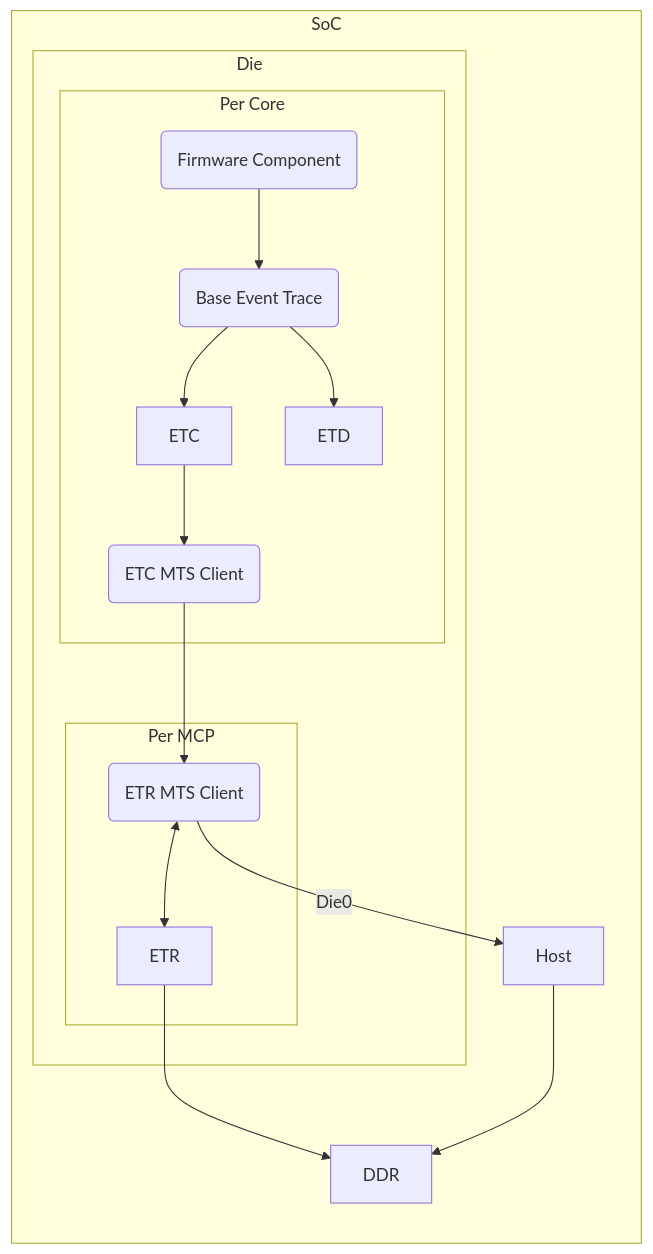
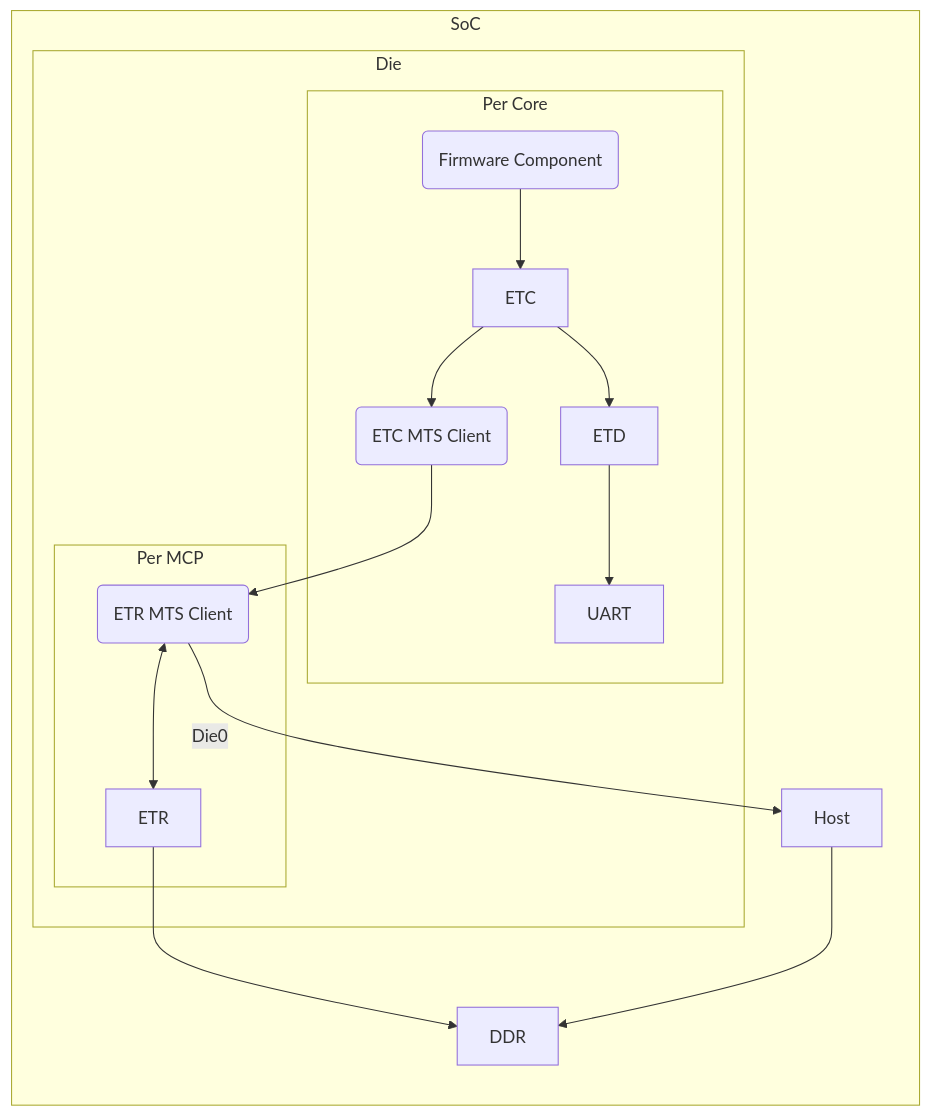
One commit to jivahire-com/cpp-thread-safe-cache changed the first of 9 diagrams in docs/development/FirmwareDesign/EventTraceTelemetry.md. Above: the diagram before and after it, drawn with Mermaid. The commit also changed 16 other files, not shown here.

```diff
--- a/docs/development/FirmwareDesign/EventTraceTelemetry.md
+++ b/docs/development/FirmwareDesign/EventTraceTelemetry.md
@@ -77,27 +77,27 @@
 :::mermaid
 flowchart LR
     %% Core Components
     fw_comp(Firmware Component)
-    base_et(Base Event Trace)
+    UART
     ETC
     ETD
     ETC-MTS-Client(ETC MTS Client)
     ETR-MTS-Client(ETR MTS Client)
     subgraph SoC
         subgraph Die
             subgraph Per Core
-                fw_comp --> base_et
-                base_et --> ETC
-                base_et --> ETD
+                fw_comp --> ETC
+                ETC --> ETD
+                ETD --> UART
                 ETC --> ETC-MTS-Client
             end
             subgraph Per MCP
                 ETC-MTS-Client --> ETR-MTS-Client
                 ETR-MTS-Client <--> ETR
             end
         end
         ETR --> DDR
         ETR-MTS-Client -->|Die0| Host
         Host --> DDR
     end
 :::
```
